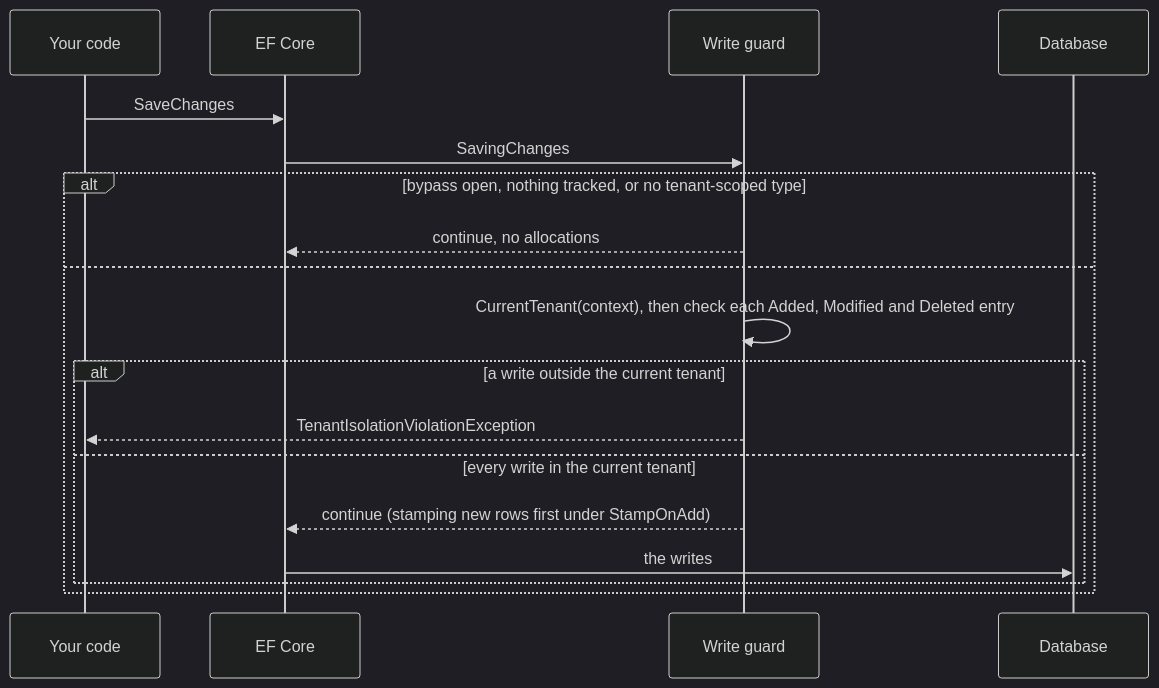
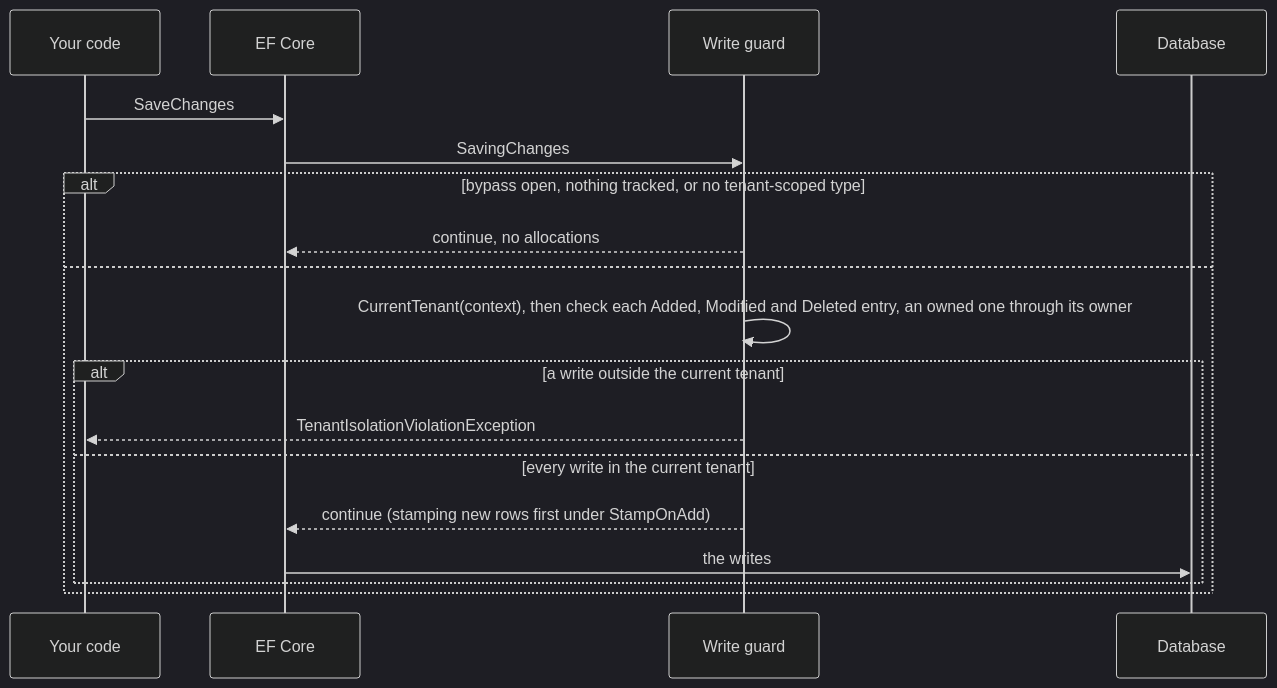
The third of 4 diagrams in docs/architecture/flows.md (jimmykurian/tenantguard), drawn with Mermaid (dark theme) before and after one commit. The commit also changed other lines of this file and 1 other file, not shown here.

Commit message:
docs(docs): show owned entity writes and filter switches on the site (#116)
* docs(docs): list owned entity writes and filter switches on the landing page

* docs(docs): say the write guard checks owned entries through their owner in the flows

````diff
--- a/docs/architecture/flows.md
+++ b/docs/architecture/flows.md
@@ -68,20 +68,20 @@
 ```mermaid
 sequenceDiagram
     participant App as Your code
     participant EF as EF Core
     participant Guard as Write guard
     participant DB as Database
     App->>EF: SaveChanges
     EF->>Guard: SavingChanges
     alt bypass open, nothing tracked, or no tenant-scoped type
         Guard-->>EF: continue, no allocations
     else
-        Guard->>Guard: CurrentTenant(context), then check each Added, Modified and Deleted entry
+        Guard->>Guard: CurrentTenant(context), then check each Added, Modified and Deleted entry, an owned one through its owner
         alt a write outside the current tenant
             Guard-->>App: TenantIsolationViolationException
         else every write in the current tenant
             Guard-->>EF: continue (stamping new rows first under StampOnAdd)
             EF->>DB: the writes
         end
     end
 ```
````
